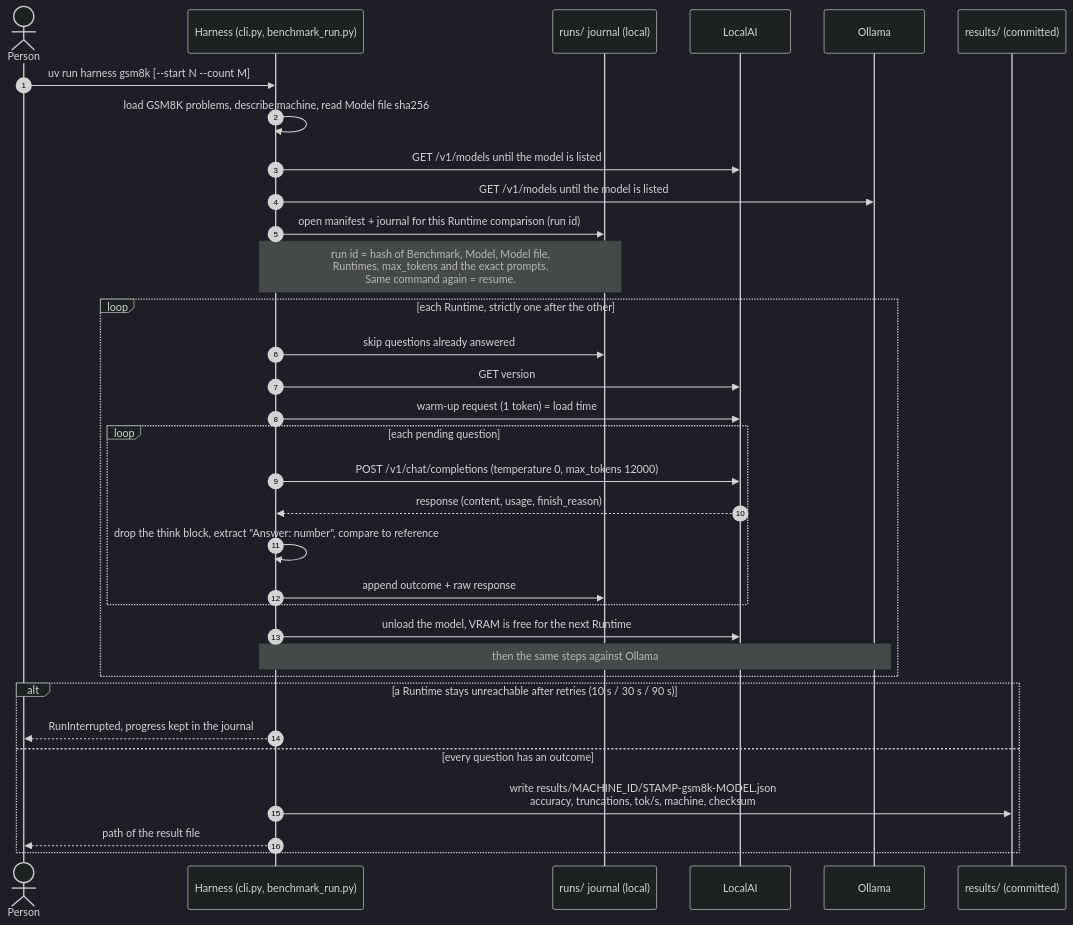
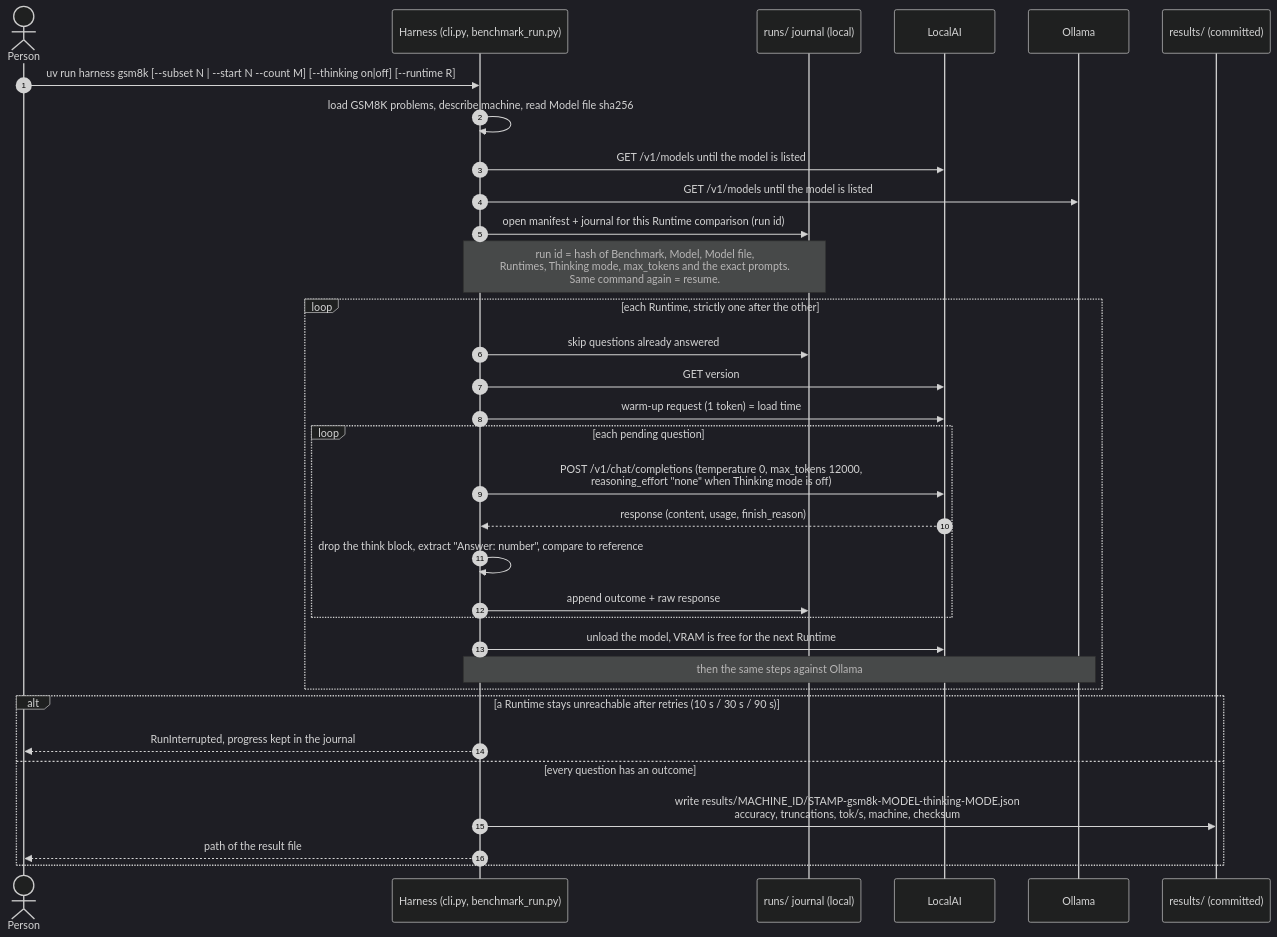
The sixth of 6 diagrams in CONTEXT.md (Isihaaaa/localai-vs-ollama), drawn with Mermaid (dark theme) before and after one commit. The commit also changed other lines of this file and 9 other files, not shown here.

First line of the commit message:
Run GSM8K in both Thinking modes, on the full split or a fixed subset (#4)

````diff
--- a/CONTEXT.md
+++ b/CONTEXT.md
@@ -304,38 +304,38 @@
 ```mermaid
 sequenceDiagram
     autonumber
     actor P as Person
     participant H as Harness (cli.py, benchmark_run.py)
     participant J as runs/ journal (local)
     participant L as LocalAI
     participant O as Ollama
     participant R as results/ (committed)
 
-    P->>H: uv run harness gsm8k [--start N --count M]
+    P->>H: uv run harness gsm8k [--subset N | --start N --count M] [--thinking on|off] [--runtime R]
     H->>H: load GSM8K problems, describe machine, read Model file sha256
     H->>L: GET /v1/models until the model is listed
     H->>O: GET /v1/models until the model is listed
     H->>J: open manifest + journal for this Runtime comparison (run id)
-    Note over H,J: run id = hash of Benchmark, Model, Model file,<br/>Runtimes, max_tokens and the exact prompts.<br/>Same command again = resume.
+    Note over H,J: run id = hash of Benchmark, Model, Model file,<br/>Runtimes, Thinking mode, max_tokens and the exact prompts.<br/>Same command again = resume.
 
     loop each Runtime, strictly one after the other
         H->>J: skip questions already answered
         H->>L: GET version
         H->>L: warm-up request (1 token) = load time
         loop each pending question
-            H->>L: POST /v1/chat/completions (temperature 0, max_tokens 12000)
+            H->>L: POST /v1/chat/completions (temperature 0, max_tokens 12000,<br/>reasoning_effort "none" when Thinking mode is off)
             L-->>H: response (content, usage, finish_reason)
             H->>H: drop the think block, extract "Answer: number", compare to reference
             H->>J: append outcome + raw response
         end
         H->>L: unload the model, VRAM is free for the next Runtime
         Note over H,O: then the same steps against Ollama
     end
 
     alt a Runtime stays unreachable after retries (10 s / 30 s / 90 s)
         H-->>P: RunInterrupted, progress kept in the journal
     else every question has an outcome
-        H->>R: write results/MACHINE_ID/STAMP-gsm8k-MODEL.json<br/>accuracy, truncations, tok/s, machine, checksum
+        H->>R: write results/MACHINE_ID/STAMP-gsm8k-MODEL-thinking-MODE.json<br/>accuracy, truncations, tok/s, machine, checksum
         H-->>P: path of the result file
     end
 ```
````
